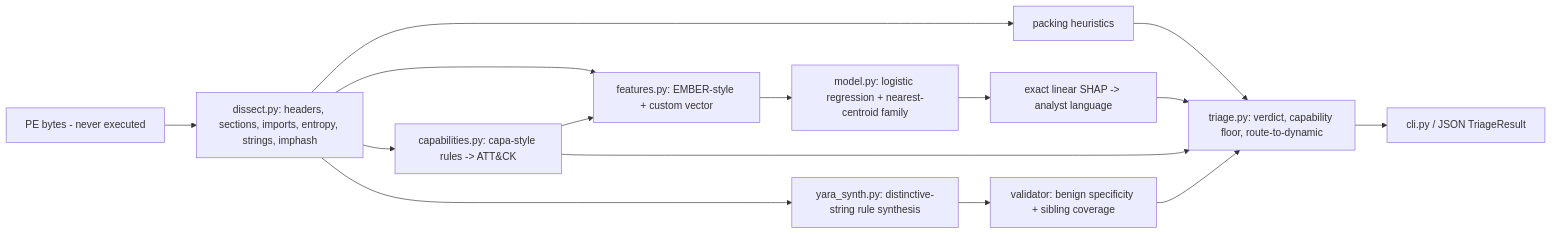
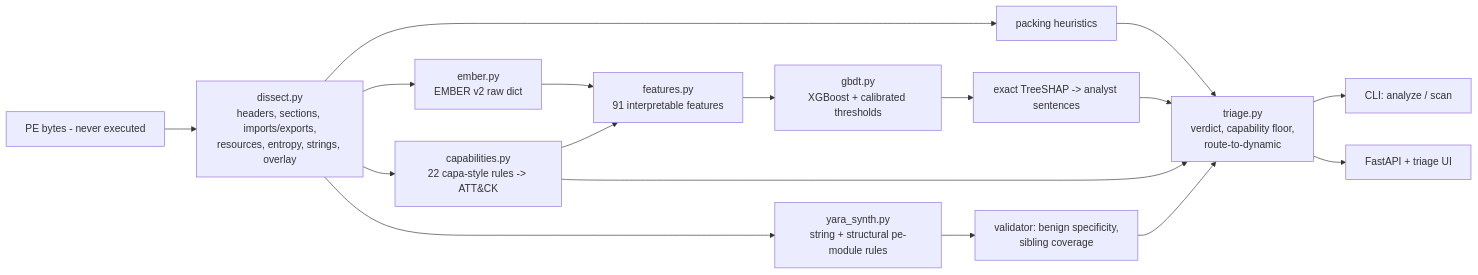
One commit to rakshit-737/vitrine changed the diagram in README.md. Above: the diagram before and after it, drawn with Mermaid. The commit also changed other lines of this file, not shown here.

First line of the commit message:
docs: rewrite README around real EMBER 2018 and System32 results

````diff
--- a/README.md
+++ b/README.md
@@ -41,17 +98,19 @@
 ```mermaid
 flowchart LR
-  F[PE bytes - never executed] --> D[dissect.py: headers, sections, imports, entropy, strings, imphash]
+  F[PE bytes - never executed] --> D[dissect.py<br/>headers, sections, imports/exports,<br/>resources, entropy, strings, overlay]
   D --> P[packing heuristics]
-  D --> CAP[capabilities.py: capa-style rules -> ATT&CK]
-  D --> FE[features.py: EMBER-style + custom vector]
+  D --> CAP[capabilities.py<br/>22 capa-style rules -> ATT&CK]
+  D --> E[ember.py<br/>EMBER v2 raw dict]
+  E --> FE[features.py<br/>91 interpretable features]
   CAP --> FE
-  FE --> ML[model.py: logistic regression + nearest-centroid family]
-  ML --> EX[exact linear SHAP -> analyst language]
-  D --> YG[yara_synth.py: distinctive-string rule synthesis]
-  YG --> VAL[validator: benign specificity + sibling coverage]
-  P --> T[triage.py: verdict, capability floor, route-to-dynamic]
-  EX --> T
+  FE --> ML[gbdt.py<br/>XGBoost + calibrated thresholds]
+  ML --> SH[exact TreeSHAP -> analyst sentences]
+  D --> YG[yara_synth.py<br/>string + structural pe-module rules]
+  YG --> VAL[validator: benign specificity,<br/>sibling coverage]
+  P --> T[triage.py<br/>verdict, capability floor,<br/>route-to-dynamic]
+  SH --> T
   CAP --> T
   VAL --> T
-  T --> CLI[cli.py / JSON TriageResult]
+  T --> CLI[CLI: analyze / scan]
+  T --> API[FastAPI + triage UI]
 ```
````
